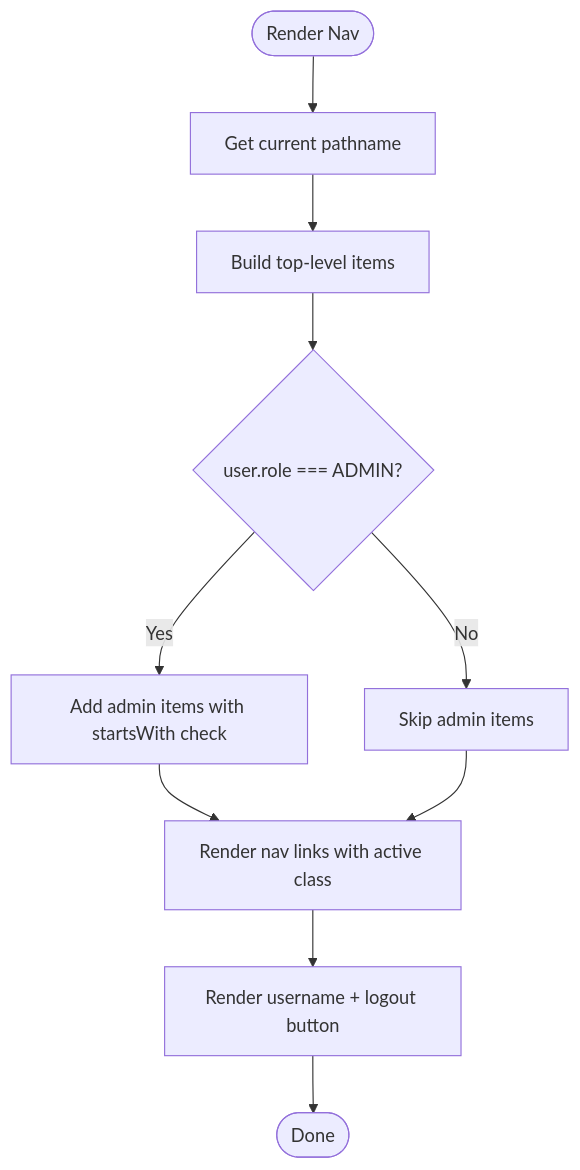
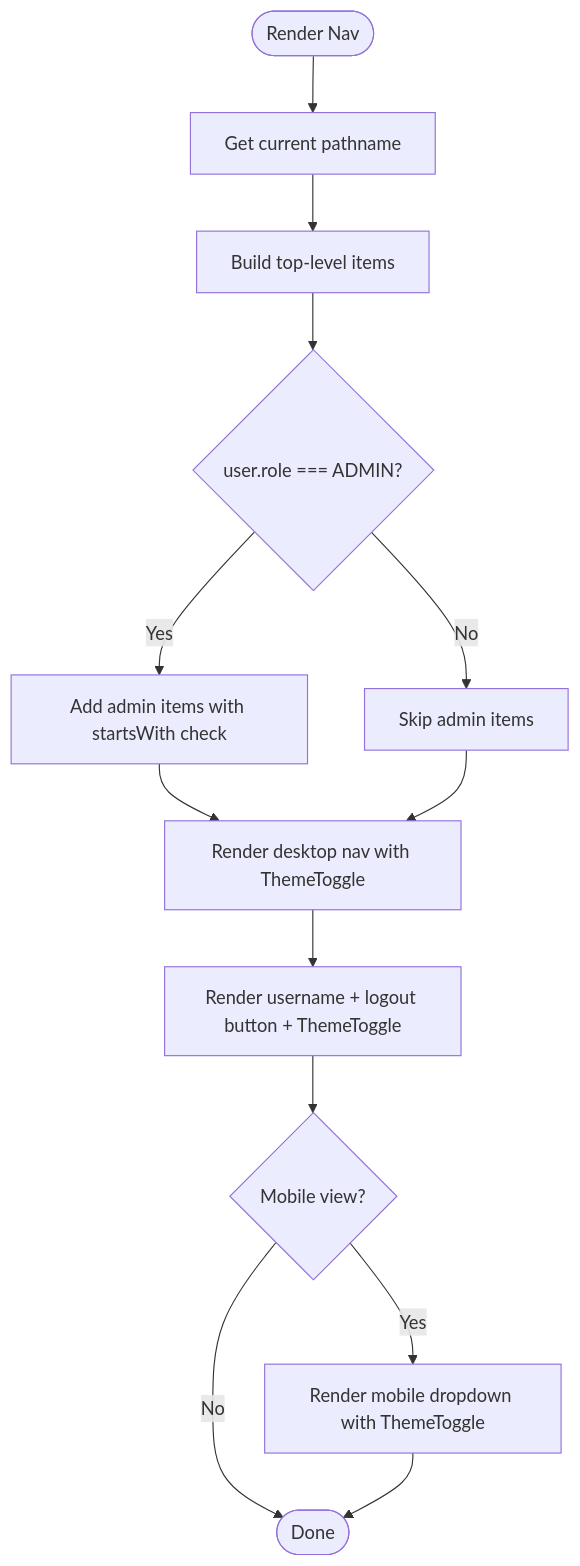
One commit to jrj444/git-daily changed the third of 9 diagrams in .qoder/repowiki/en/content/Frontend Components/Navigation and UI Elements.md. Above: the diagram before and after it, drawn with Mermaid. The commit also changed other lines of this file and 4 other files, not shown here.

````diff
--- a/.qoder/repowiki/en/content/Frontend Components/Navigation and UI Elements.md
+++ b/.qoder/repowiki/en/content/Frontend Components/Navigation and UI Elements.md
@@ -194,12 +219,15 @@
 ```mermaid
 flowchart TD
 Start(["Render Nav"]) --> GetPath["Get current pathname"]
 GetPath --> BuildItems["Build top-level items"]
 BuildItems --> CheckAdmin{"user.role === ADMIN?"}
 CheckAdmin --> |Yes| AddAdmin["Add admin items with startsWith check"]
 CheckAdmin --> |No| SkipAdmin["Skip admin items"]
-AddAdmin --> RenderNav["Render nav links with active class"]
-SkipAdmin --> RenderNav
-RenderNav --> UserMenu["Render username + logout button"]
-UserMenu --> End(["Done"])
+AddAdmin --> RenderDesktop["Render desktop nav with ThemeToggle"]
+SkipAdmin --> RenderDesktop
+RenderDesktop --> UserMenu["Render username + logout button + ThemeToggle"]
+UserMenu --> CheckMobile{"Mobile view?"}
+CheckMobile --> |Yes| RenderMobile["Render mobile dropdown with ThemeToggle"]
+CheckMobile --> |No| End(["Done"])
+RenderMobile --> End
 ```
````
